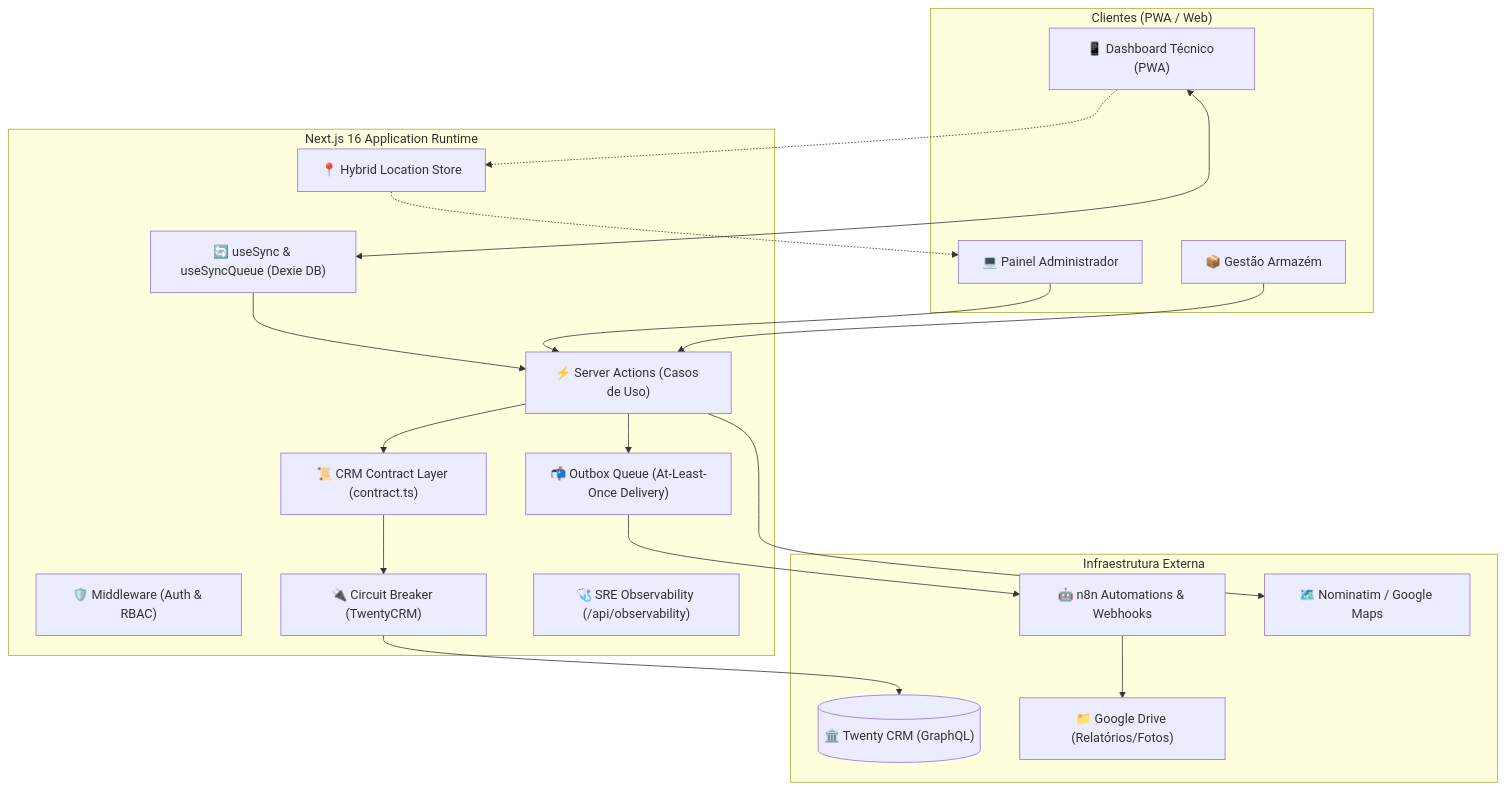
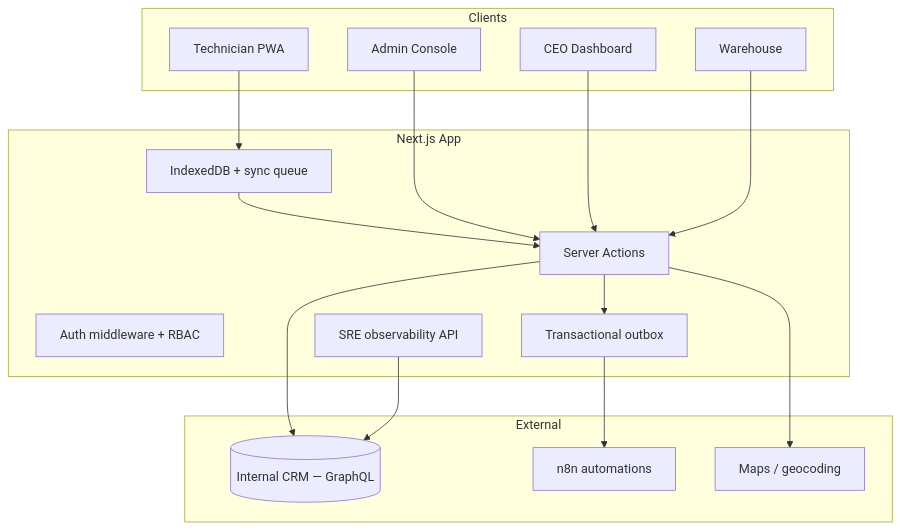
One commit to alyekseyenko/services-blinds changed the first of 2 diagrams in README.md. Above: the diagram before and after it, drawn with Mermaid. The commit also changed other lines of this file and 2 other files, not shown here.

````diff
--- a/README.md
+++ b/README.md
@@ -42,40 +107,32 @@
 ```mermaid
 graph TB
-    subgraph "Clientes (PWA / Web)"
-        TECH["📱 Dashboard Técnico (PWA)"]
-        ADMIN["💻 Painel Administrador"]
-        WH["📦 Gestão Armazém"]
+    subgraph Clients
+        TECH[Technician PWA]
+        ADMIN[Admin Console]
+        CEO[CEO Dashboard]
+        WH[Warehouse]
     end
 
-    subgraph "Next.js 16 Application Runtime"
-        MW["🛡️ Middleware (Auth & RBAC)"]
-        CONTRACT["📜 CRM Contract Layer (contract.ts)"]
-        ACTIONS["⚡ Server Actions (Casos de Uso)"]
-        SYNC_HOOK["🔄 useSync & useSyncQueue (Dexie DB)"]
-        CB["🔌 Circuit Breaker (TwentyCRM)"]
-        OUTBOX["📬 Outbox Queue (At-Least-Once Delivery)"]
-        LOC_STORE["📍 Hybrid Location Store"]
-        SRE["🩺 SRE Observability (/api/observability)"]
+    subgraph "Next.js App"
+        MW[Auth middleware + RBAC]
+        ACTIONS[Server Actions]
+        OFFLINE[IndexedDB + sync queue]
+        OUTBOX[Transactional outbox]
+        OBS[SRE observability API]
     end
 
-    subgraph "Infraestrutura Externa"
-        CRM[("🏛️ Twenty CRM (GraphQL)")]
-        N8N["🤖 n8n Automations & Webhooks"]
-        GEO["🗺️ Nominatim / Google Maps"]
-        DRIVE["📁 Google Drive (Relatórios/Fotos)"]
+    subgraph External
+        CRM[(Internal CRM — GraphQL)]
+        N8N[n8n automations]
+        MAPS[Maps / geocoding]
     end
 
-    TECH <--> SYNC_HOOK
-    SYNC_HOOK --> ACTIONS
+    TECH --> OFFLINE --> ACTIONS
     ADMIN --> ACTIONS
+    CEO --> ACTIONS
     WH --> ACTIONS
-    ACTIONS --> CONTRACT
-    CONTRACT --> CB
-    CB --> CRM
-    ACTIONS --> OUTBOX
-    OUTBOX --> N8N
-    N8N --> DRIVE
-    TECH -.-> LOC_STORE
-    LOC_STORE -.-> ADMIN
-    ACTIONS --> GEO
+    ACTIONS --> CRM
+    ACTIONS --> OUTBOX --> N8N
+    ACTIONS --> MAPS
+    OBS --> CRM
 ```
````
